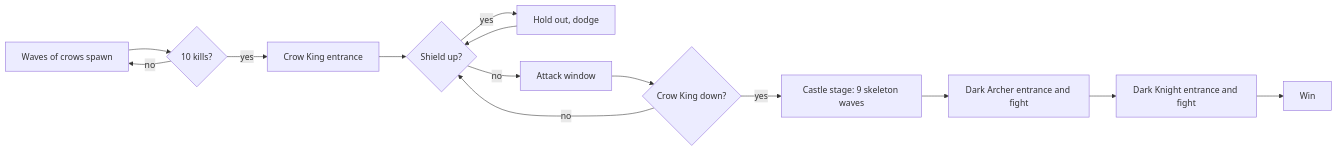
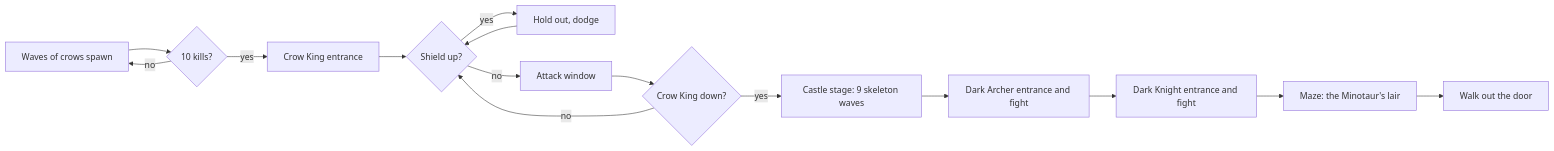
Before and after one commit to MrBisonte/crow-archer: the first of 2 diagrams in docs/manual.md, drawn with Mermaid. The commit also changed other lines of this file and 11 other files, not shown here.

First line of the commit message:
feat: level 3, the maze and the minotaur that hunts it (#32)

````diff
--- a/docs/manual.md
+++ b/docs/manual.md
@@ -44,16 +44,17 @@
 ```mermaid
 flowchart LR
     S[Waves of crows spawn] --> K{10 kills?}
     K -- no --> S
     K -- yes --> E[Crow King entrance]
     E --> P{Shield up?}
     P -- yes --> H[Hold out, dodge]
     H --> P
     P -- no --> A[Attack window]
     A --> D{Crow King down?}
     D -- no --> P
     D -- yes --> C[Castle stage: 9 skeleton waves]
     C --> DA[Dark Archer entrance and fight]
     DA --> DK[Dark Knight entrance and fight]
-    DK --> W[Win]
+    DK --> M[Maze: the Minotaur's lair]
+    M --> W[Walk out the door]
 ```
````
